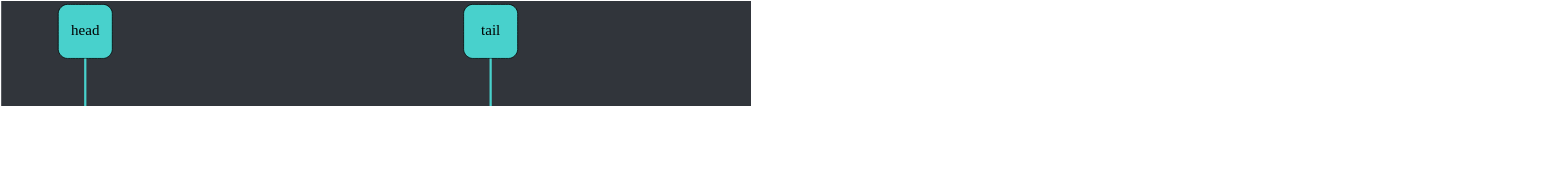
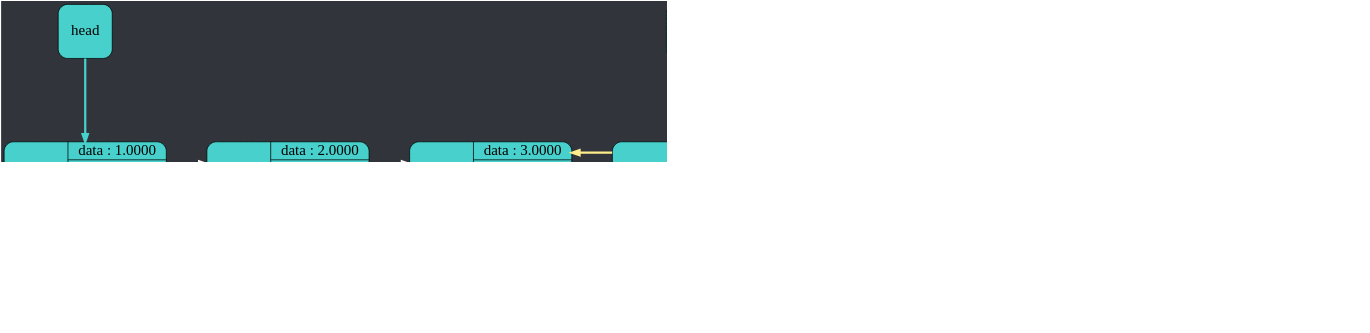
The diagram in auto_file.dot (DmitriyShelihov/List), drawn with Graphviz before and after one commit. The commit also changed 7 other files, not shown here.

Commit message:
Changed graph

```diff
--- a/auto_file.dot
+++ b/auto_file.dot
@@ -1,44 +1,49 @@
 digraph G{rankdir = HR;
 graph [dpi = 150];
 ranksep = 0.5;
 splines = ortho;
 edge[minlen = 3, penwidth = 3];
 graph [bgcolor="#31353b"]node[color="black",fontsize=14];
 edge[color="darkgreen",fontcolor="blue",fontsize=12];
 node[shape = record, style = rounded, fixedsize = true, height = 1, width = 3, fontsize = 20];
 {rank = min;
 head[label = "head", shape = Mrecord, style = filled, fillcolor="mediumturquoise",width = 1];
 }
 {rank = min;
 tail[label = "tail", shape = Mrecord, style = filled, fillcolor="mediumturquoise", width = 1];
 }
 {rank = min;
 free[label = "free", shape = Mrecord, style = filled, fillcolor="limegreen", width = 1];
 }
 head -> node1 [color = "mediumturquoise"];
 tail -> node4 [color = "mediumturquoise"];
 free -> node5 [color = "limegreen"];
 {rank = max;node0[shape = Mrecord, style = filled, fillcolor="#FF0000", label = "NODE_0| {<data> POISON| <next> next : 1 | <prev> prev : 4}"];
-node1[shape = Mrecord, style = filled, fillcolor="mediumturquoise", label = "NODE_1| {<data> data : 1.0000| <next> next : 2 | <prev> prev : 0}"];
-node2[shape = Mrecord, style = filled, fillcolor="mediumturquoise", label = "NODE_2| {<data> data : 1.0000| <next> next : 3 | <prev> prev : 1}"];
-node3[shape = Mrecord, style = filled, fillcolor="mediumturquoise", label = "NODE_3| {<data> data : 1.0000| <next> next : 4 | <prev> prev : 2}"];
-node4[shape = Mrecord, style = filled, fillcolor="mediumturquoise", label = "NODE_4| {<data> data : 1.0000| <next> next : 0 | <prev> prev : 3}"];
+}
+{rank = same;node1[shape = Mrecord, style = filled, fillcolor="mediumturquoise", label = "NODE_1| {<data> data : 1.0000| <next> next : 2 | <prev> prev : 0}"];
+node2[shape = Mrecord, style = filled, fillcolor="mediumturquoise", label = "NODE_2| {<data> data : 2.0000| <next> next : 3 | <prev> prev : 1}"];
+node3[shape = Mrecord, style = filled, fillcolor="mediumturquoise", label = "NODE_3| {<data> data : 3.0000| <next> next : 4 | <prev> prev : 2}"];
+node4[shape = Mrecord, style = filled, fillcolor="mediumturquoise", label = "NODE_4| {<data> data : 4.0000| <next> next : 0 | <prev> prev : 3}"];
 node5[shape = Mrecord, style = filled, fillcolor="limegreen", label = "NODE_5| {<data> FREE| <next> next : 6 | <prev> prev : -1}"];
 node6[shape = Mrecord, style = filled, fillcolor="limegreen", label = "NODE_6| {<data> FREE| <next> next : 7 | <prev> prev : -1}"];
 node7[shape = Mrecord, style = filled, fillcolor="limegreen", label = "NODE_7| {<data> FREE| <next> next : 0 | <prev> prev : -1}"];
 }
 node0 ->node1 ->node2 ->node3 ->node4 ->node5 ->node6 ->node7[weight = 10000; style = invis];
-node1: <next> -> node2 [color = "snow1"];
-node1: <prev> -> node0 [color = "lightgoldenrod1"];
-node2: <next> -> node3 [color = "snow1"];
-node2: <prev> -> node1 [color = "lightgoldenrod1"];
-node3: <next> -> node4 [color = "snow1"];
-node3: <prev> -> node2 [color = "lightgoldenrod1"];
-node4: <next> -> node0 [color = "snow1"];
-node4: <prev> -> node3 [color = "lightgoldenrod1"];
-node0: <prev> -> node4 [color = "red"];
-node0: <prev> -> node1 [color = "red"];
-node5: <next> -> node6 [color = "limegreen"];
-node6: <next> -> node7 [color = "limegreen"];
-node7: <next> -> node0 [color = "limegreen"];
+node1 -> node2 [color = "snow1"];
+node1 -> node0 [color = "lightgoldenrod1"];
+node1 -> node0 [style = invis; weight = 1000000];
+node2 -> node3 [color = "snow1"];
+node2 -> node1 [color = "lightgoldenrod1"];
+node2 -> node1 [style = invis; weight = 1000000];
+node3 -> node4 [color = "snow1"];
+node3 -> node2 [color = "lightgoldenrod1"];
+node3 -> node2 [style = invis; weight = 1000000];
+node4 -> node0 [color = "snow1"];
+node4 -> node3 [color = "lightgoldenrod1"];
+node4 -> node3 [style = invis; weight = 1000000];
+node0 -> node4 [color = "red"];
+node0 -> node1 [color = "red"];
+node5 -> node6 [color = "limegreen"];
+node6 -> node7 [color = "limegreen"];
+node7 -> node0 [color = "limegreen"];
 }
```
